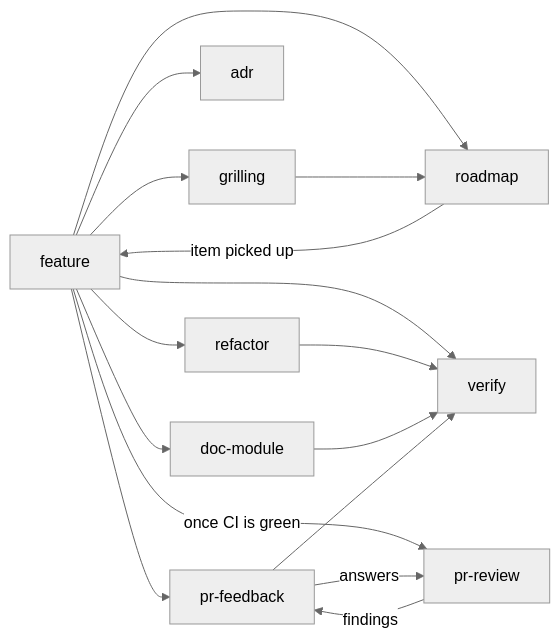
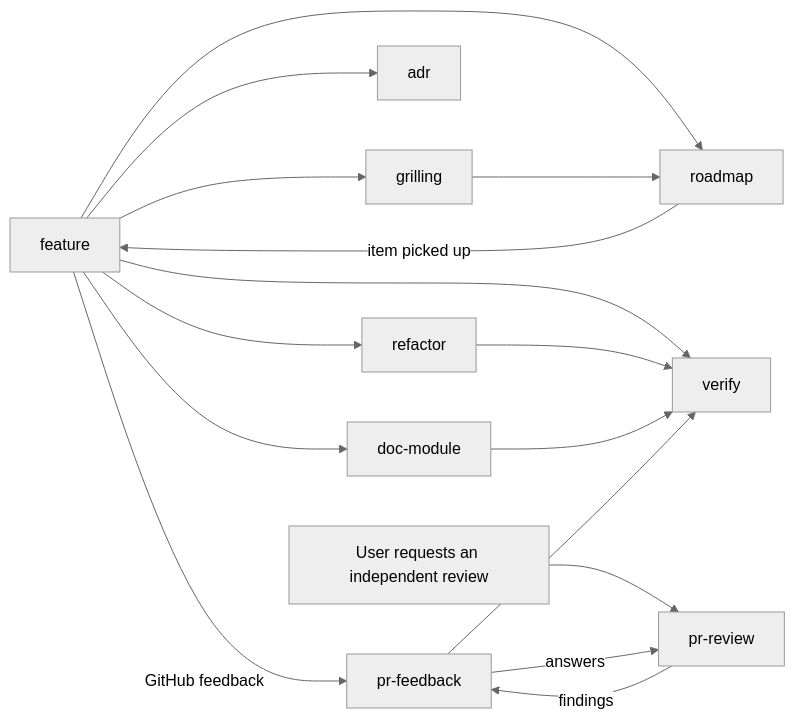
The diagram in .agents/skills/README.md (SMB-M87/Kinetra), drawn with Mermaid (neutral theme) before and after one commit. The commit also changed other lines of this file and 14 other files, not shown here.

````diff
--- a/.agents/skills/README.md
+++ b/.agents/skills/README.md
@@ -33,18 +33,18 @@
 ```mermaid
 flowchart LR
     F[feature] --> G[grilling]
     F --> A[adr]
     F --> R[refactor]
     F --> V[verify]
     F --> D[doc-module]
     R --> V
     D --> V
-    F --> P[pr-feedback]
+    F -->|GitHub feedback| P[pr-feedback]
     P --> V
-    F -->|once CI is green| PR[pr-review]
+    U[User requests an independent review] --> PR[pr-review]
     PR -->|findings| P
     P -->|answers| PR
     F --> RM[roadmap]
     G --> RM
     RM -->|item picked up| F
 ```
````
